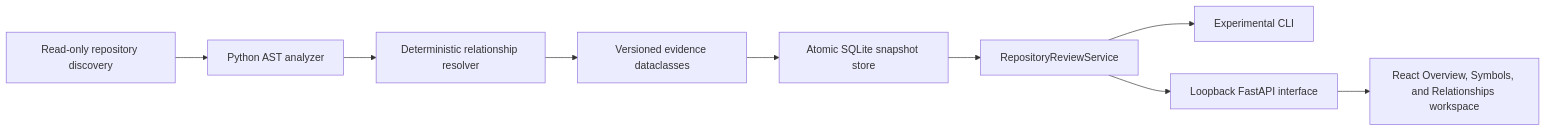
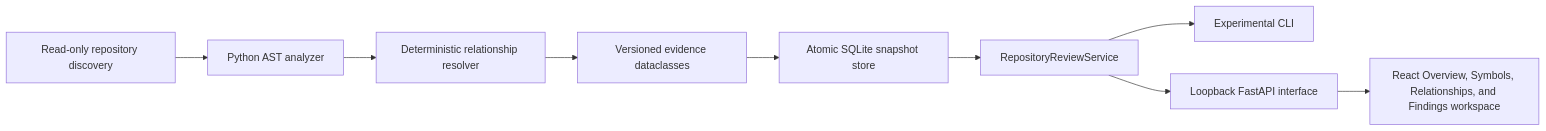
One commit to Nobodyworld/dev-logger-zscripts changed the diagram in docs/architecture.md. Above: the diagram before and after it, drawn with Mermaid. The commit also changed other lines of this file and 39 other files, not shown here.

````diff
--- a/docs/architecture.md
+++ b/docs/architecture.md
@@ -31,11 +31,11 @@
 ```mermaid
 flowchart LR
     A["Read-only repository discovery"] --> B["Python AST analyzer"]
     B --> C["Deterministic relationship resolver"]
     C --> D["Versioned evidence dataclasses"]
     D --> E["Atomic SQLite snapshot store"]
     E --> F["RepositoryReviewService"]
     F --> G["Experimental CLI"]
     F --> H["Loopback FastAPI interface"]
-    H --> I["React Overview, Symbols, and Relationships workspace"]
+    H --> I["React Overview, Symbols, Relationships, and Findings workspace"]
 ```
````
